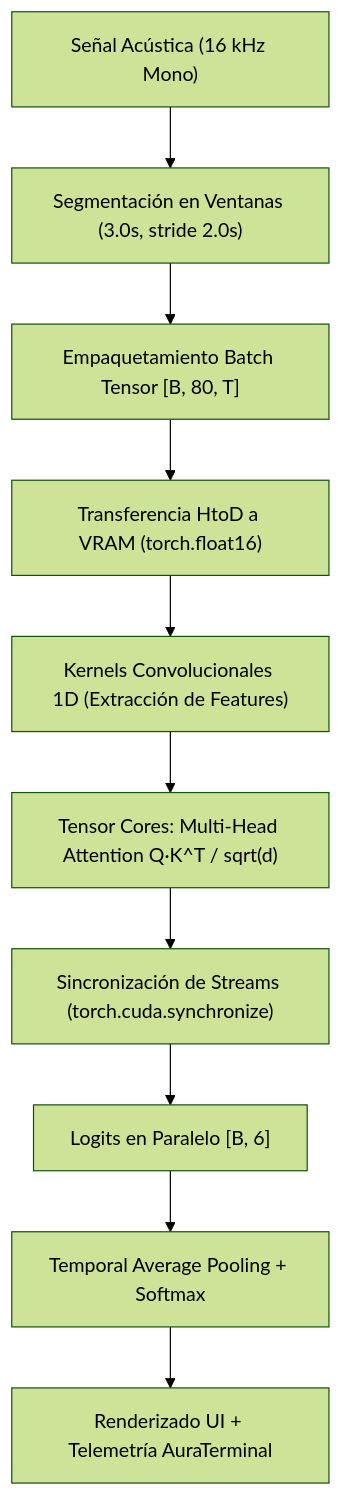
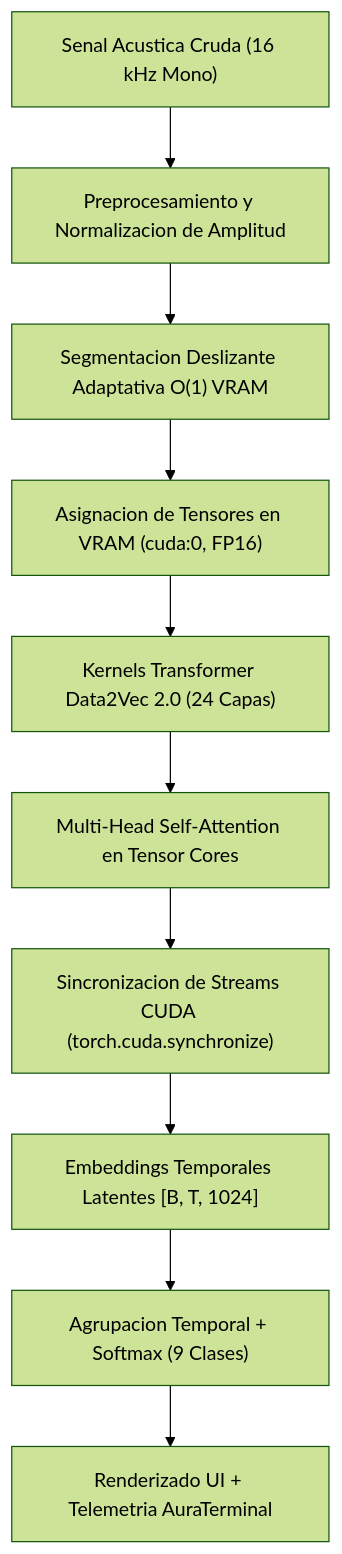
One commit to JsLealM/sense-ai-emotion-es changed the diagram in README.md. Above: the diagram before and after it, drawn with Mermaid (forest theme). The commit also changed other lines of this file and 8 other files, not shown here.

````diff
--- a/README.md
+++ b/README.md
@@ -92,12 +80,12 @@
 ```mermaid
 flowchart TD
-    AudioIn["Señal Acústica (16 kHz Mono)"] --> Slicing["Segmentación en Ventanas (3.0s, stride 2.0s)"]
-    Slicing --> BatchTensor["Empaquetamiento Batch Tensor [B, 80, T]"]
-    BatchTensor --> CUDAMemory["Transferencia HtoD a VRAM (torch.float16)"]
-    CUDAMemory --> KernelConv["Kernels Convolucionales 1D (Extracción de Features)"]
-    KernelConv --> KernelAttn["Tensor Cores: Multi-Head Attention Q·K^T / sqrt(d)"]
-    KernelAttn --> CUDASync["Sincronización de Streams (torch.cuda.synchronize)"]
-    CUDASync --> OutLogits["Logits en Paralelo [B, 6]"]
-    OutLogits --> SoftmaxPool["Temporal Average Pooling + Softmax"]
-    SoftmaxPool --> Dashboard["Renderizado UI + Telemetría AuraTerminal"]
+    AudioIn["Senal Acustica Cruda (16 kHz Mono)"] --> PreProc["Preprocesamiento y Normalizacion de Amplitud"]
+    PreProc --> Chunking["Segmentacion Deslizante Adaptativa O(1) VRAM"]
+    Chunking --> VRAMAlloc["Asignacion de Tensores en VRAM (cuda:0, FP16)"]
+    VRAMAlloc --> D2VKernels["Kernels Transformer Data2Vec 2.0 (24 Capas)"]
+    D2VKernels --> TensorCores["Multi-Head Self-Attention en Tensor Cores"]
+    TensorCores --> CUDASync["Sincronizacion de Streams CUDA (torch.cuda.synchronize)"]
+    CUDASync --> LatentEmbeds["Embeddings Temporales Latentes [B, T, 1024]"]
+    LatentEmbeds --> SoftmaxOut["Agrupacion Temporal + Softmax (9 Clases)"]
+    SoftmaxOut --> Dashboard["Renderizado UI + Telemetria AuraTerminal"]
 ```
````
